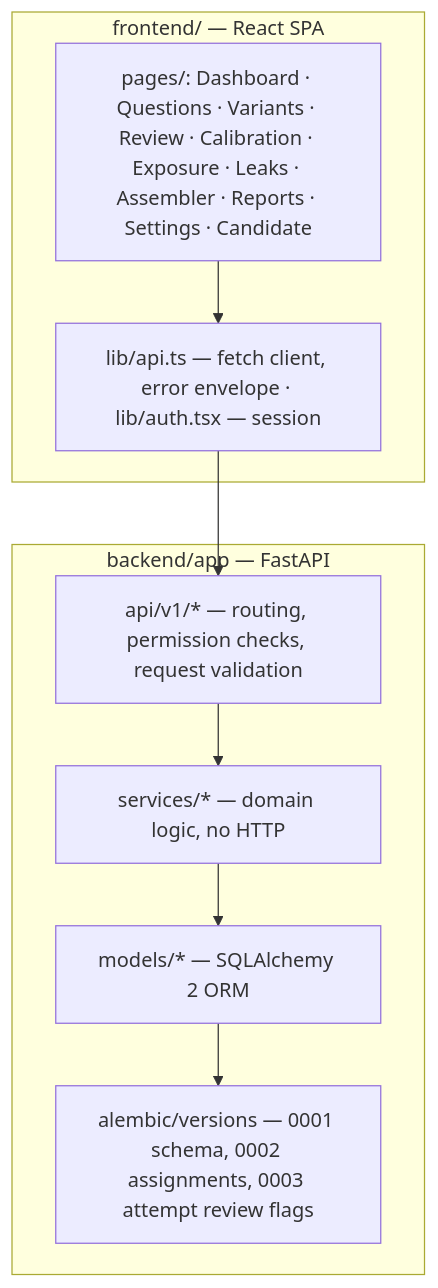
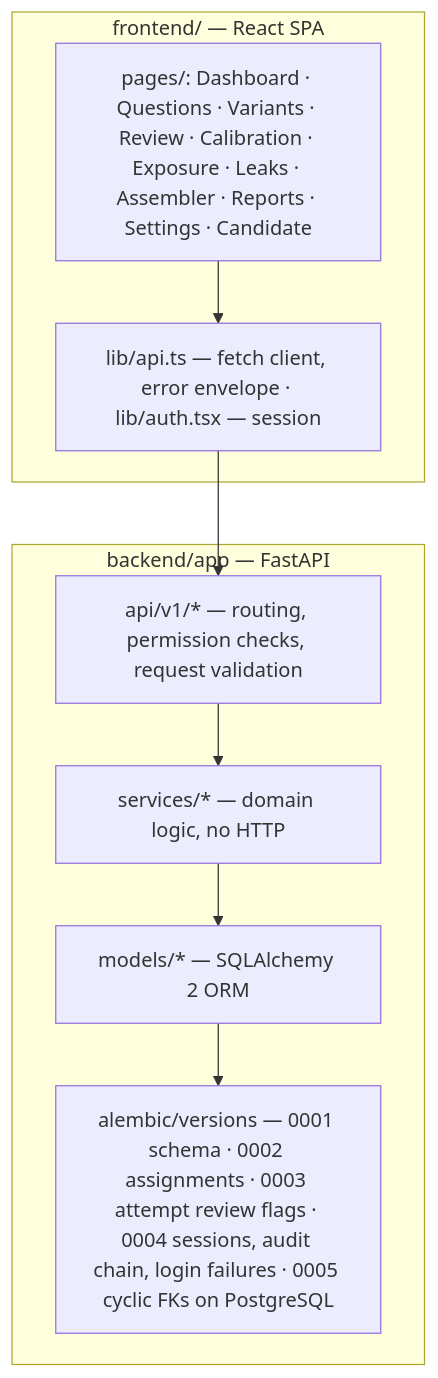
The first of 2 diagrams in docs/architecture.md (shauryasinghal/deviathon-aptiguard-ai), drawn with Mermaid before and after one commit. The commit also changed other lines of this file and 56 other files, not shown here.

````diff
--- a/docs/architecture.md
+++ b/docs/architecture.md
@@ -5,13 +5,13 @@
 ```mermaid
 flowchart TB
   subgraph Frontend [frontend/ — React SPA]
     Pages[pages/: Dashboard · Questions · Variants · Review · Calibration · Exposure · Leaks · Assembler · Reports · Settings · Candidate]
     Lib[lib/api.ts — fetch client, error envelope · lib/auth.tsx — session]
   end
   subgraph Backend [backend/app — FastAPI]
     Routers[api/v1/* — routing, permission checks, request validation]
     Services[services/* — domain logic, no HTTP]
-    Models[models/* — SQLAlchemy 2 ORM] --> Alembic[alembic/versions — 0001 schema, 0002 assignments, 0003 attempt review flags]
+    Models[models/* — SQLAlchemy 2 ORM] --> Alembic[alembic/versions — 0001 schema · 0002 assignments · 0003 attempt review flags · 0004 sessions, audit chain, login failures · 0005 cyclic FKs on PostgreSQL]
   end
   Pages --> Lib --> Routers --> Services --> Models
 ```
````
